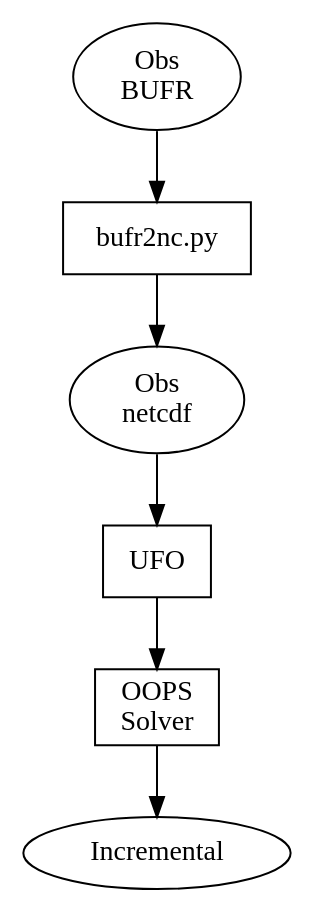
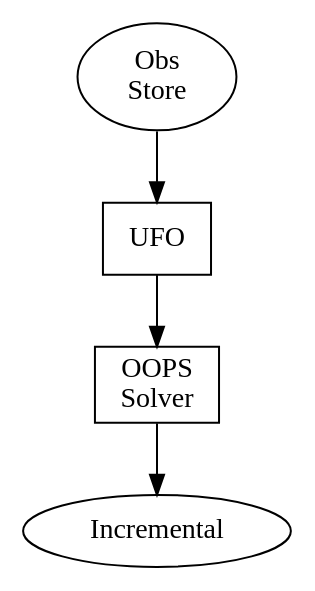
One commit to srherbener/my-diagrams changed the diagram in IODA/big_picture_final.gv. Above: the diagram before and after it, drawn with Graphviz. The commit also changed 2 other files, not shown here.

Commit message:
Got the JEDI/IODA big picture diagrams completed.

```diff
--- a/IODA/big_picture_final.gv
+++ b/IODA/big_picture_final.gv
@@ -1,13 +1,10 @@
 digraph NcdiagFlow
   {
-  obs_bufr [ shape=ellipse, label="Obs\nBUFR" ];
-  obs_nc   [ shape=ellipse, label="Obs\nnetcdf" ];
-  incr     [ shape=ellipse, label="Incremental" ];
+  obs_store [ shape=ellipse, label="Obs\nStore" ];
+  incr      [ shape=ellipse, label="Incremental" ];
   
-
-  b2nc     [ shape=box, label="bufr2nc.py" ];
   oops_sol [ shape=box, label="OOPS\nSolver" ];
   ufo      [ shape=box, label="UFO" ];
 
-  obs_bufr -> b2nc -> obs_nc -> ufo -> oops_sol -> incr;
+  obs_store -> ufo -> oops_sol -> incr;
   }
```
